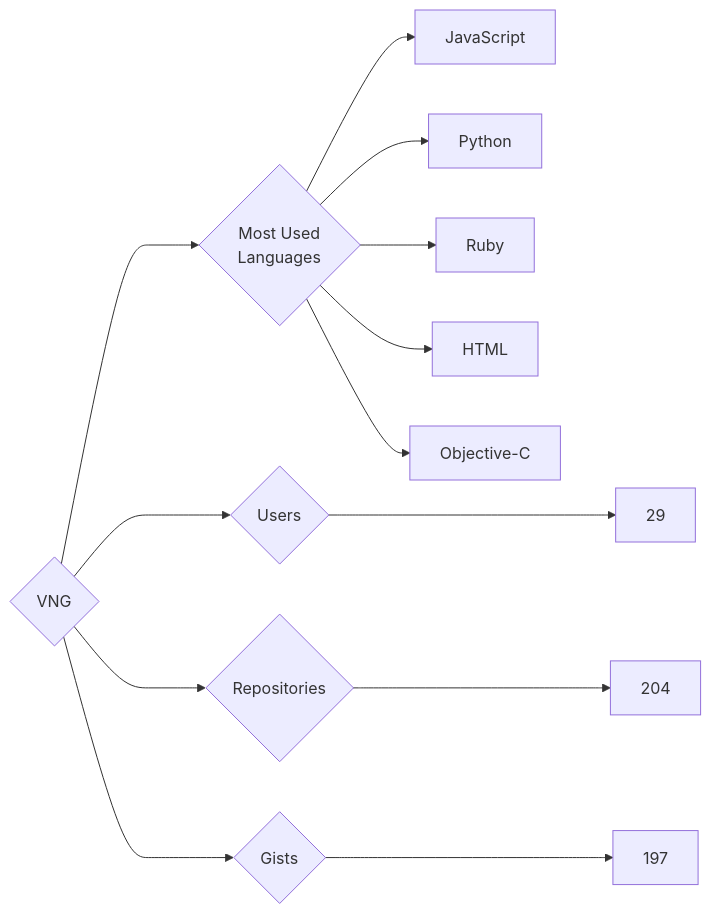
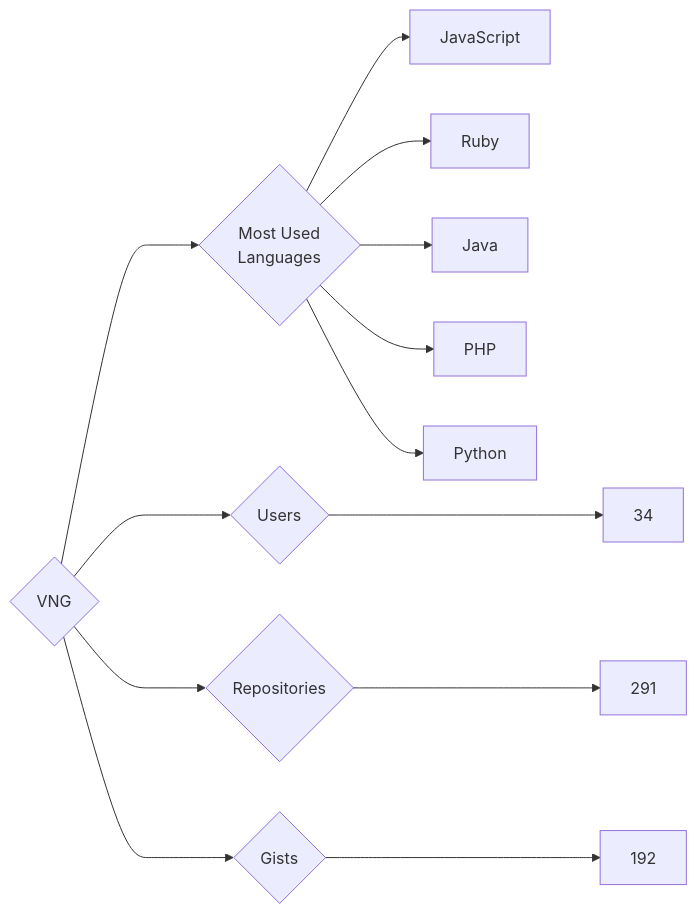
One commit to trickest/insiders changed the diagram in targets/VNG/README.md. Above: the diagram before and after it, drawn with Mermaid. The commit also changed 965 other files, not shown here.

````diff
--- a/targets/VNG/README.md
+++ b/targets/VNG/README.md
@@ -3,13 +3,13 @@
 ```mermaid
 graph LR
 COMPANY_NAME{VNG}
-COMPANY_NAME ---> U{Users} ---> UN[29]
-COMPANY_NAME ---> R{Repositories} ---> RN[204]
-COMPANY_NAME ---> G{Gists} ---> GN[197]
+COMPANY_NAME ---> U{Users} ---> UN[34]
+COMPANY_NAME ---> R{Repositories} ---> RN[291]
+COMPANY_NAME ---> G{Gists} ---> GN[192]
 COMPANY_NAME ---> ML{Most Used<br>Languages}
 ML --> JavaScript[JavaScript]
+ML --> Ruby[Ruby]
+ML --> Java[Java]
+ML --> PHP[PHP]
 ML --> Python[Python]
-ML --> Ruby[Ruby]
-ML --> HTML[HTML]
-ML --> Objective-C[Objective-C]
 ```
````
